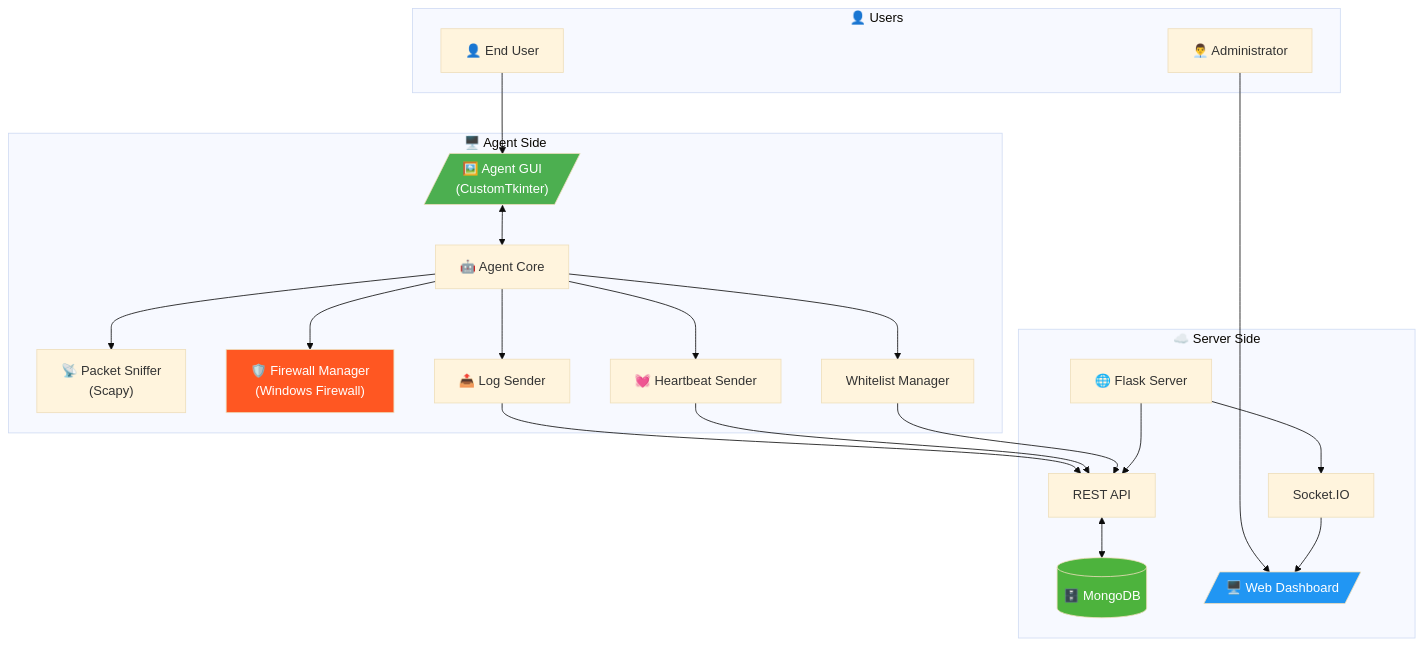
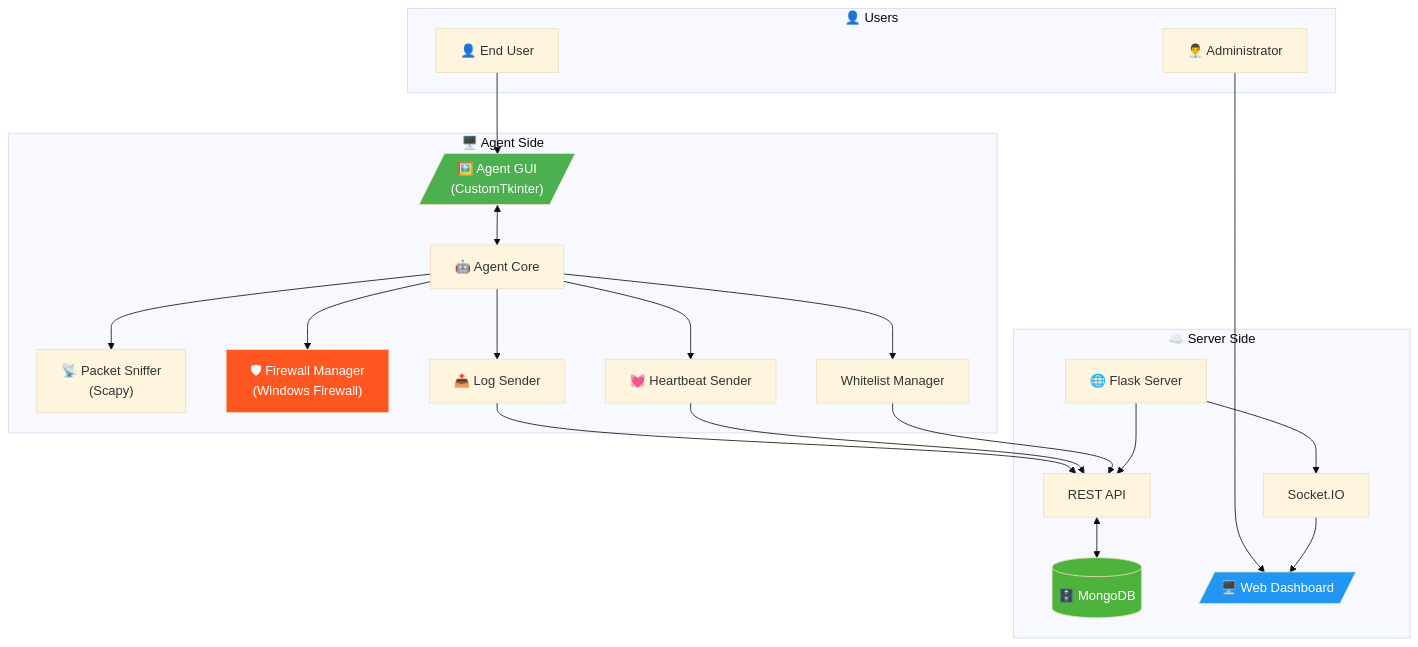
Before and after one commit to Son0ngu/Centralized_Network_Access_Control_System_for_Computer_Labs: the first of 13 diagrams in docs/diagrams/FLOW_DIAGRAMS.md, drawn with Mermaid (base theme). The commit also changed other lines of this file and 17 other files, not shown here.

````diff
--- a/docs/diagrams/FLOW_DIAGRAMS.md
+++ b/docs/diagrams/FLOW_DIAGRAMS.md
@@ -30,49 +30,49 @@
 ```mermaid
 flowchart TB
     subgraph "🖥️ Agent Side"
         GUI[/"🖼️ Agent GUI<br/>(CustomTkinter)"/]
         AGENT["🤖 Agent Core"]
         SNIFFER["📡 Packet Sniffer<br/>(Scapy)"]
-        FIREWALL["🛡️ Firewall Manager<br/>(Windows Firewall)"]
+        FIREWALL["🛡 Firewall Manager<br/>(Windows Firewall)"]
         WHITELIST["Whitelist Manager"]
         LOGSENDER["📤 Log Sender"]
         HEARTBEAT["💓 Heartbeat Sender"]
     end
 
     subgraph "☁️ Server Side"
         FLASK["🌐 Flask Server"]
         API["REST API"]
         MONGODB[("🗄️ MongoDB")]
         SOCKETIO["Socket.IO"]
         WEBUI[/"🖥️ Web Dashboard"/]
     end
 
     subgraph "👤 Users"
         ADMIN["👨‍💼 Administrator"]
         ENDUSER["👤 End User"]
     end
 
     ADMIN --> WEBUI
     ENDUSER --> GUI
     
     GUI <--> AGENT
     AGENT --> SNIFFER
     AGENT --> FIREWALL
     AGENT --> WHITELIST
     AGENT --> LOGSENDER
     AGENT --> HEARTBEAT
     
     LOGSENDER --> API
     HEARTBEAT --> API
     WHITELIST --> API
     
     FLASK --> API
     FLASK --> SOCKETIO
     API <--> MONGODB
     SOCKETIO --> WEBUI
     
     style GUI fill:#4CAF50,color:#fff
     style WEBUI fill:#2196F3,color:#fff
     style MONGODB fill:#4DB33D,color:#fff
     style FIREWALL fill:#FF5722,color:#fff
 ```
````
